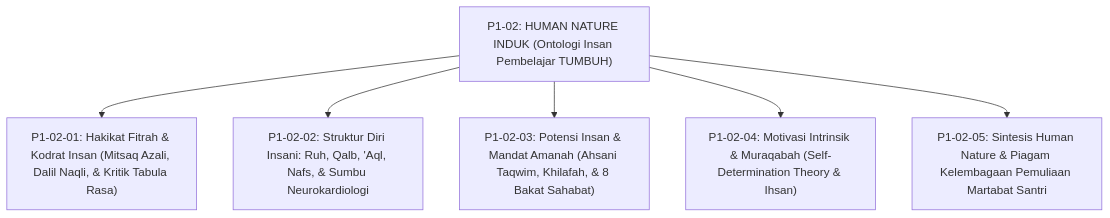
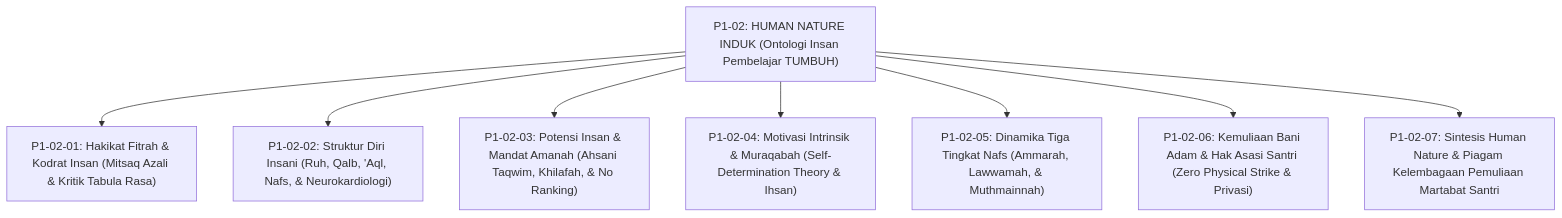
One commit to wandiapriliyandi/tumbuh changed the second of 3 diagrams in 01 Philosophy/02 Human Nature/P1-02-Human-Nature-TUMBUH.md. Above: the diagram before and after it, drawn with Mermaid. The commit also changed other lines of this file and 18 other files, not shown here.

````diff
--- a/01 Philosophy/02 Human Nature/P1-02-Human-Nature-TUMBUH.md
+++ b/01 Philosophy/02 Human Nature/P1-02-Human-Nature-TUMBUH.md
@@ -67,10 +67,12 @@
 ```mermaid
 graph TD
     Master["P1-02: HUMAN NATURE INDUK (Ontologi Insan Pembelajar TUMBUH)"]
     
-    Master --> M1["P1-02-01: Hakikat Fitrah & Kodrat Insan (Mitsaq Azali, Dalil Naqli, & Kritik Tabula Rasa)"]
-    Master --> M2["P1-02-02: Struktur Diri Insani: Ruh, Qalb, 'Aql, Nafs, & Sumbu Neurokardiologi"]
-    Master --> M3["P1-02-03: Potensi Insan & Mandat Amanah (Ahsani Taqwim, Khilafah, & 8 Bakat Sahabat)"]
+    Master --> M1["P1-02-01: Hakikat Fitrah & Kodrat Insan (Mitsaq Azali & Kritik Tabula Rasa)"]
+    Master --> M2["P1-02-02: Struktur Diri Insani (Ruh, Qalb, 'Aql, Nafs, & Neurokardiologi)"]
+    Master --> M3["P1-02-03: Potensi Insan & Mandat Amanah (Ahsani Taqwim, Khilafah, & No Ranking)"]
     Master --> M4["P1-02-04: Motivasi Intrinsik & Muraqabah (Self-Determination Theory & Ihsan)"]
-    Master --> M5["P1-02-05: Sintesis Human Nature & Piagam Kelembagaan Pemuliaan Martabat Santri"]
+    Master --> M5["P1-02-05: Dinamika Tiga Tingkat Nafs (Ammarah, Lawwamah, & Muthmainnah)"]
+    Master --> M6["P1-02-06: Kemuliaan Bani Adam & Hak Asasi Santri (Zero Physical Strike & Privasi)"]
+    Master --> M7["P1-02-07: Sintesis Human Nature & Piagam Kelembagaan Pemuliaan Martabat Santri"]
 ```
````
